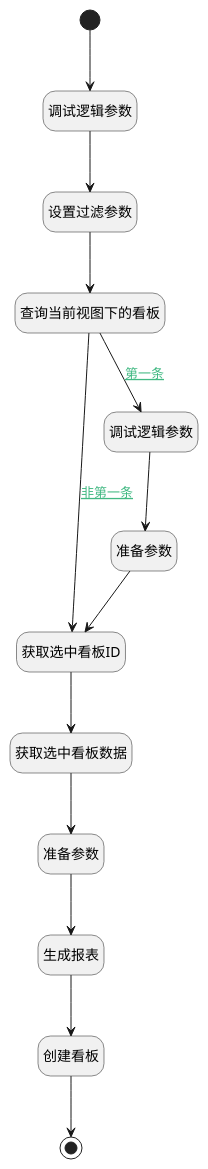
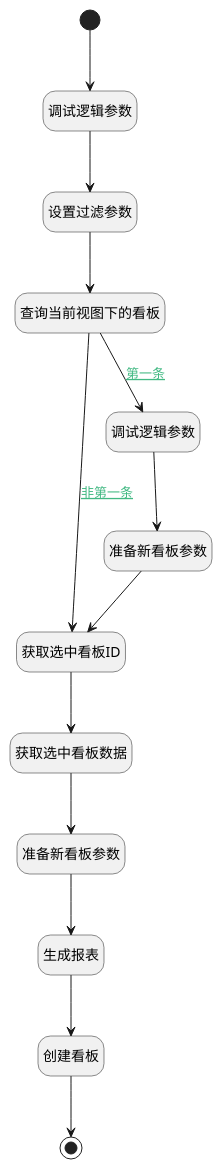
One commit to iBizLab/plm changed the diagram in doc/docsify/module/Insight/insight_view/logic/use_cur_template.md. Above: the diagram before and after it, drawn with PlantUML. The commit also changed other lines of this file and 1778 other files, not shown here.

````diff
--- a/doc/docsify/module/Insight/insight_view/logic/use_cur_template.md
+++ b/doc/docsify/module/Insight/insight_view/logic/use_cur_template.md
@@ -7,40 +7,40 @@
 ```plantuml
 @startuml
 hide empty description
 <style>
 root {
   HyperlinkColor #42b983
 }
 </style>
 
 hide empty description
 state "开始" as Begin <<start>> [[$./use_cur_template#begin {"开始"}]]
 state "结束" as END1 <<end>> [[$./use_cur_template#end1 {"结束"}]]
 state "调试逻辑参数" as DEBUGPARAM1  [[$./use_cur_template#debugparam1 {"调试逻辑参数"}]]
 state "设置过滤参数" as PREPAREPARAM3  [[$./use_cur_template#prepareparam3 {"设置过滤参数"}]]
 state "查询当前视图下的看板" as DEDATASET1  [[$./use_cur_template#dedataset1 {"查询当前视图下的看板"}]]
 state "获取选中看板ID" as PREPAREPARAM1  [[$./use_cur_template#prepareparam1 {"获取选中看板ID"}]]
 state "获取选中看板数据" as DEACTION1  [[$./use_cur_template#deaction1 {"获取选中看板数据"}]]
-state "准备参数" as PREPAREPARAM2  [[$./use_cur_template#prepareparam2 {"准备参数"}]]
+state "准备新看板参数" as PREPAREPARAM2  [[$./use_cur_template#prepareparam2 {"准备新看板参数"}]]
 state "调试逻辑参数" as DEBUGPARAM2  [[$./use_cur_template#debugparam2 {"调试逻辑参数"}]]
-state "准备参数" as PREPAREPARAM4  [[$./use_cur_template#prepareparam4 {"准备参数"}]]
+state "准备新看板参数" as PREPAREPARAM4  [[$./use_cur_template#prepareparam4 {"准备新看板参数"}]]
 state "生成报表" as RAWSFCODE1  [[$./use_cur_template#rawsfcode1 {"生成报表"}]]
 state "创建看板" as DEACTION2  [[$./use_cur_template#deaction2 {"创建看板"}]]
 
 
 Begin --> DEBUGPARAM1
 DEBUGPARAM1 --> PREPAREPARAM3
 PREPAREPARAM3 --> DEDATASET1
 DEDATASET1 --> DEBUGPARAM2 : [[$./use_cur_template#dedataset1-debugparam2{第一条} 第一条]]
 DEBUGPARAM2 --> PREPAREPARAM4
 PREPAREPARAM4 --> PREPAREPARAM1
 PREPAREPARAM1 --> DEACTION1
 DEACTION1 --> PREPAREPARAM2
 PREPAREPARAM2 --> RAWSFCODE1
 RAWSFCODE1 --> DEACTION2
 DEACTION2 --> END1
 DEDATASET1 --> PREPAREPARAM1 : [[$./use_cur_template#dedataset1-prepareparam1{非第一条} 非第一条]]
 
 
 @enduml
 ```
````
